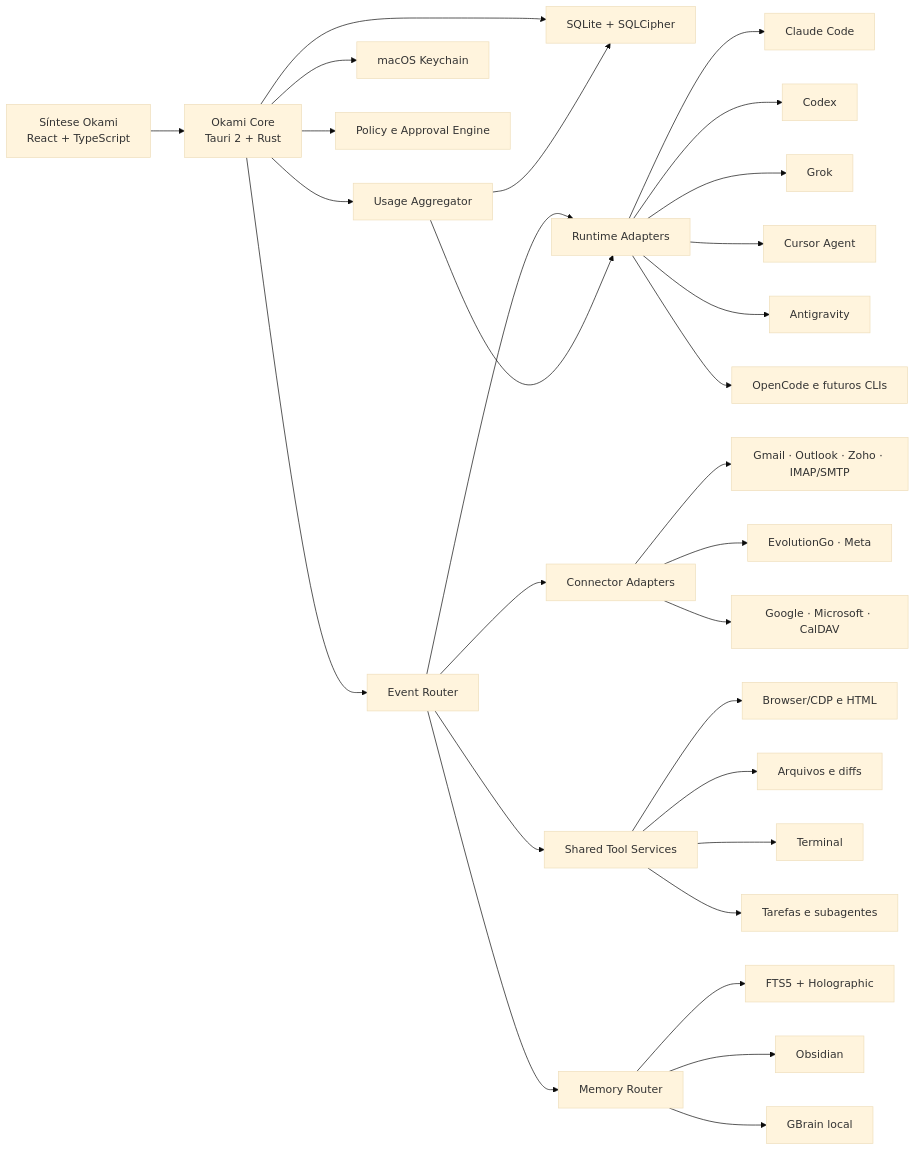
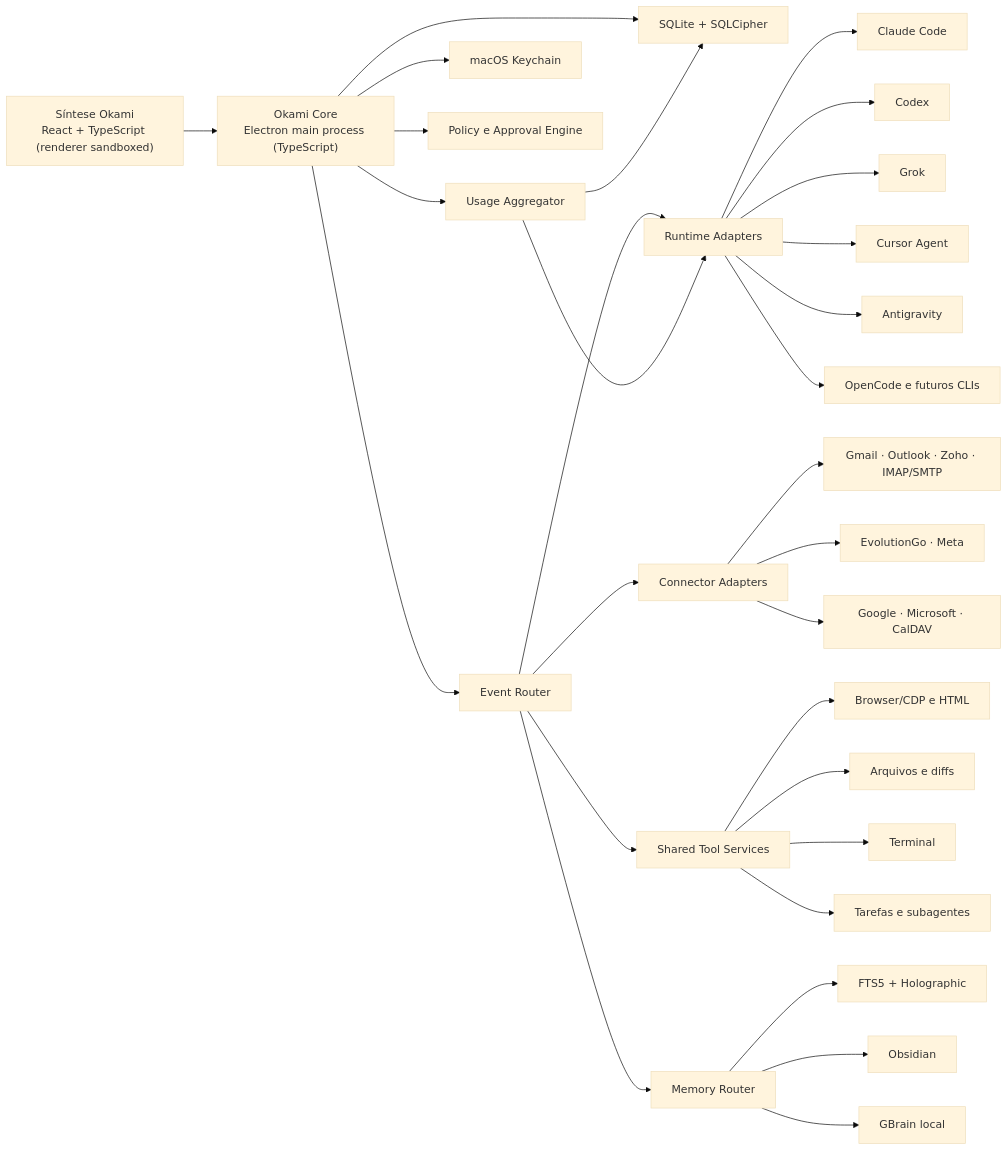
One commit to OkamiOps/OkamiCode changed the diagram in docs/superpowers/specs/2026-07-17-okami-workbench-unified-desktop-design.md. Above: the diagram before and after it, drawn with Mermaid (base theme). The commit also changed other lines of this file and 3 other files, not shown here.

````diff
--- a/docs/superpowers/specs/2026-07-17-okami-workbench-unified-desktop-design.md
+++ b/docs/superpowers/specs/2026-07-17-okami-workbench-unified-desktop-design.md
@@ -136,38 +138,38 @@
 ```mermaid
 flowchart LR
-    UI["Síntese Okami<br/>React + TypeScript"] --> CORE["Okami Core<br/>Tauri 2 + Rust"]
+    UI["Síntese Okami<br/>React + TypeScript (renderer sandboxed)"] --> CORE["Okami Core<br/>Electron main process (TypeScript)"]
 
     CORE --> EVENTS["Event Router"]
     CORE --> DB["SQLite + SQLCipher"]
     CORE --> KEYCHAIN["macOS Keychain"]
     CORE --> POLICY["Policy e Approval Engine"]
     CORE --> USAGE["Usage Aggregator"]
 
     EVENTS --> RUNTIMES["Runtime Adapters"]
     EVENTS --> CONNECTORS["Connector Adapters"]
     EVENTS --> TOOLS["Shared Tool Services"]
     EVENTS --> MEMORY["Memory Router"]
 
     RUNTIMES --> CLAUDE["Claude Code"]
     RUNTIMES --> CODEX["Codex"]
     RUNTIMES --> GROK["Grok"]
     RUNTIMES --> CURSOR["Cursor Agent"]
     RUNTIMES --> AGY["Antigravity"]
     RUNTIMES --> OTHER["OpenCode e futuros CLIs"]
 
     CONNECTORS --> EMAIL["Gmail · Outlook · Zoho · IMAP/SMTP"]
     CONNECTORS --> WA["EvolutionGo · Meta"]
     CONNECTORS --> CAL["Google · Microsoft · CalDAV"]
 
     TOOLS --> BROWSER["Browser/CDP e HTML"]
     TOOLS --> FILES["Arquivos e diffs"]
     TOOLS --> TERMINAL["Terminal"]
     TOOLS --> SUBAGENTS["Tarefas e subagentes"]
 
     MEMORY --> FTS["FTS5 + Holographic"]
     MEMORY --> OBSIDIAN["Obsidian"]
     MEMORY --> GBRAIN["GBrain local"]
 
     USAGE --> RUNTIMES
     USAGE --> DB
 ```
````
